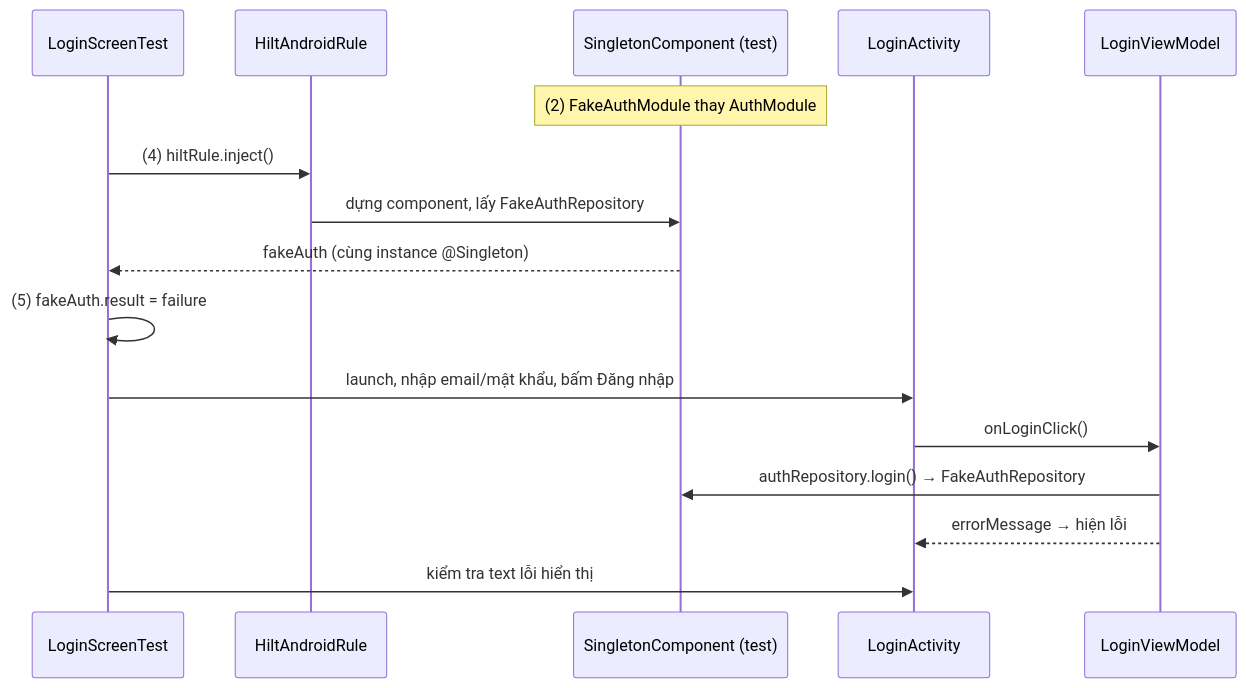
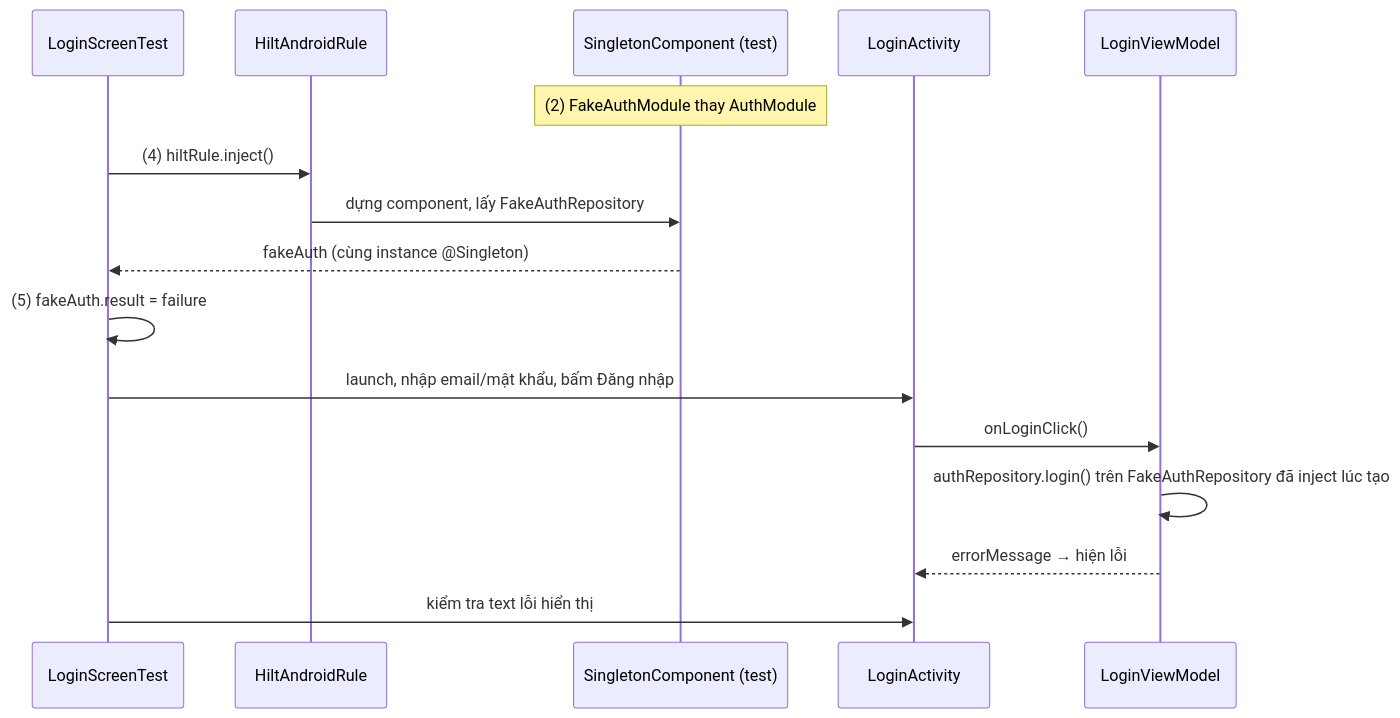
The sixth of 6 diagrams in knowledge/android/docs/session_07/design_pattern/di/hilt.md (h1eu/knowledge), drawn with Mermaid before and after one commit. The commit also changed other lines of this file and 19 other files, not shown here.

````diff
--- a/knowledge/android/docs/session_07/design_pattern/di/hilt.md
+++ b/knowledge/android/docs/session_07/design_pattern/di/hilt.md
@@ -499,18 +499,18 @@
 ```mermaid
 sequenceDiagram
     participant T as LoginScreenTest
     participant R as HiltAndroidRule
     participant SC as SingletonComponent (test)
     participant A as LoginActivity
     participant VM as LoginViewModel
     Note over SC: (2) FakeAuthModule thay AuthModule
     T->>R: (4) hiltRule.inject()
     R->>SC: dựng component, lấy FakeAuthRepository
     SC-->>T: fakeAuth (cùng instance @Singleton)
     T->>T: (5) fakeAuth.result = failure
     T->>A: launch, nhập email/mật khẩu, bấm Đăng nhập
     A->>VM: onLoginClick()
-    VM->>SC: authRepository.login() → FakeAuthRepository
+    VM->>VM: authRepository.login() trên FakeAuthRepository đã inject lúc tạo
     VM-->>A: errorMessage → hiện lỗi
     T->>A: kiểm tra text lỗi hiển thị
 ```
````
